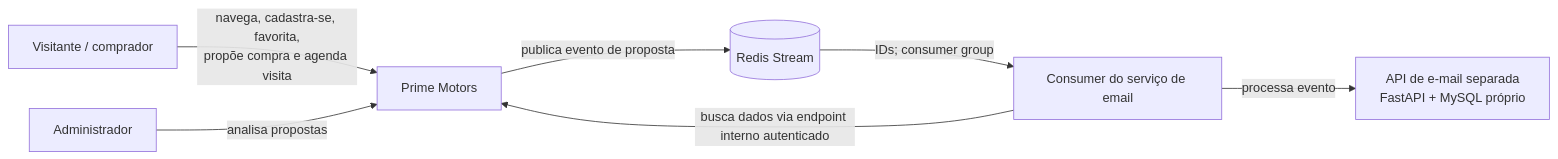
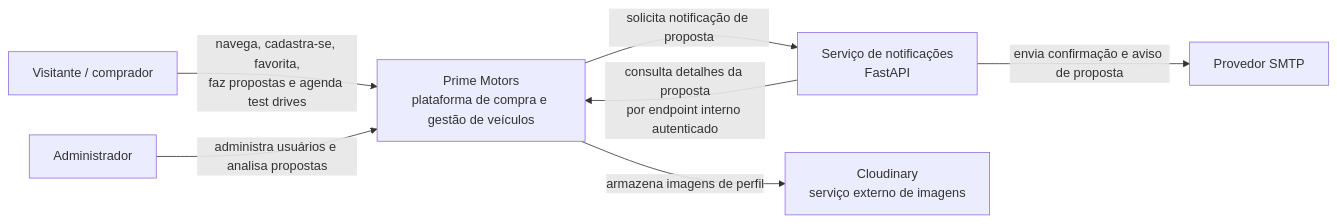
The first of 3 diagrams in docs/arquitetura-e-rubrica.md (PrimeMotors-AF/PrimeMotors-Mobile), drawn with Mermaid before and after one commit. The commit also changed other lines of this file, not shown here.

````diff
--- a/docs/arquitetura-e-rubrica.md
+++ b/docs/arquitetura-e-rubrica.md
@@ -31,15 +31,16 @@
 ```mermaid
 flowchart LR
   visitante[Visitante / comprador]
   administrador[Administrador]
-  sistema[Prime Motors]
-  stream[(Redis Stream)]
-  consumer[Consumer do serviço de email]
-  email[API de e-mail separada<br/>FastAPI + MySQL próprio]
-  visitante -->|navega, cadastra-se, favorita,<br/>propõe compra e agenda visita| sistema
-  administrador -->|analisa propostas| sistema
-  sistema -->|publica evento de proposta| stream
-  stream -->|IDs; consumer group| consumer
-  consumer -->|busca dados via endpoint interno autenticado| sistema
-  consumer -->|processa evento| email
+  plataforma[Prime Motors<br/>plataforma de compra e gestão de veículos]
+  email[Serviço de notificações<br/>FastAPI]
+  cloudinary[Cloudinary<br/>serviço externo de imagens]
+  smtp[Provedor SMTP]
+
+  visitante -->|navega, cadastra-se, favorita,<br/>faz propostas e agenda test drives| plataforma
+  administrador -->|administra usuários e analisa propostas| plataforma
+  plataforma -->|solicita notificação de proposta| email
+  email -->|consulta detalhes da proposta<br/>por endpoint interno autenticado| plataforma
+  plataforma -->|armazena imagens de perfil| cloudinary
+  email -->|envia confirmação e aviso de proposta| smtp
 ```
````
